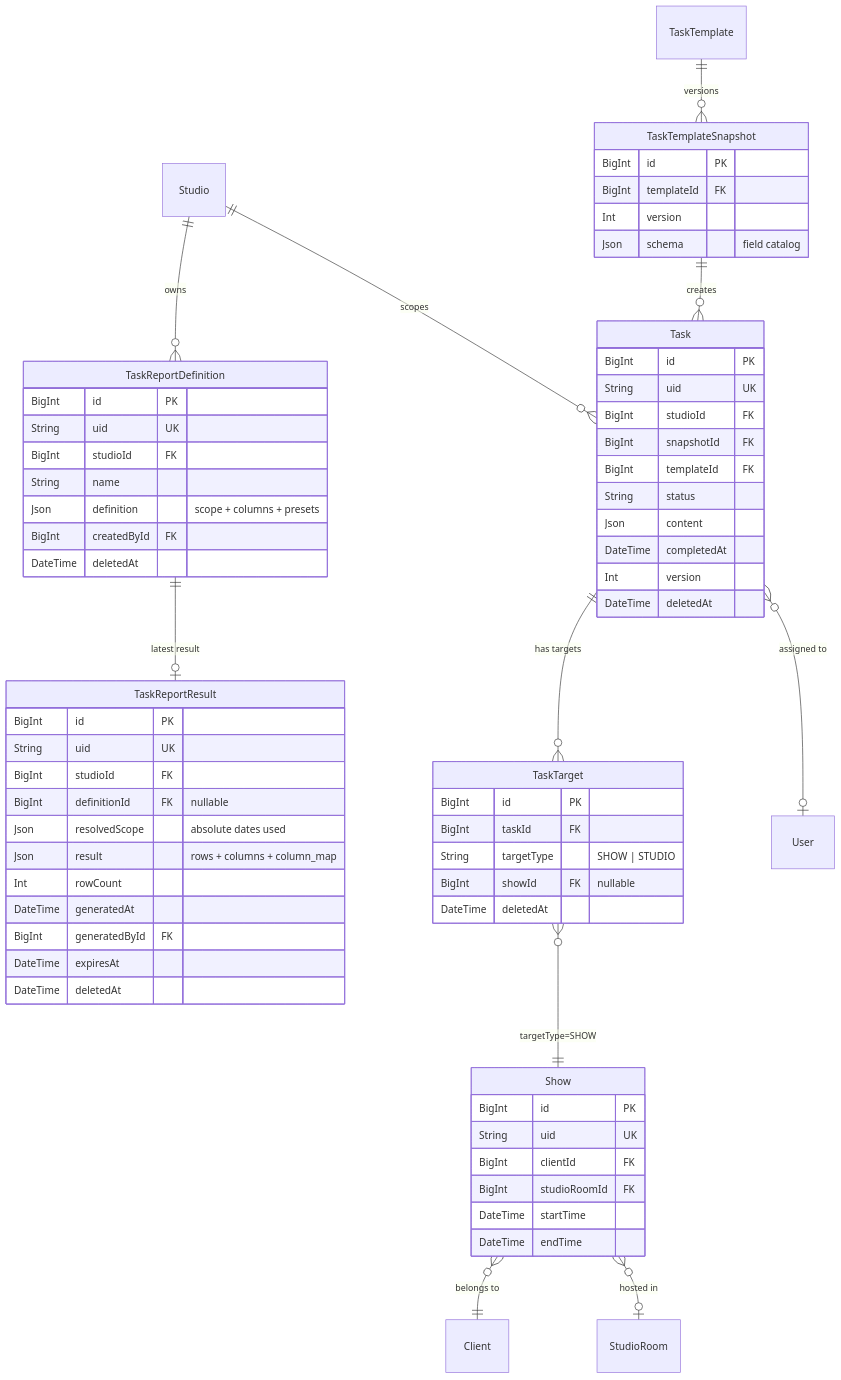
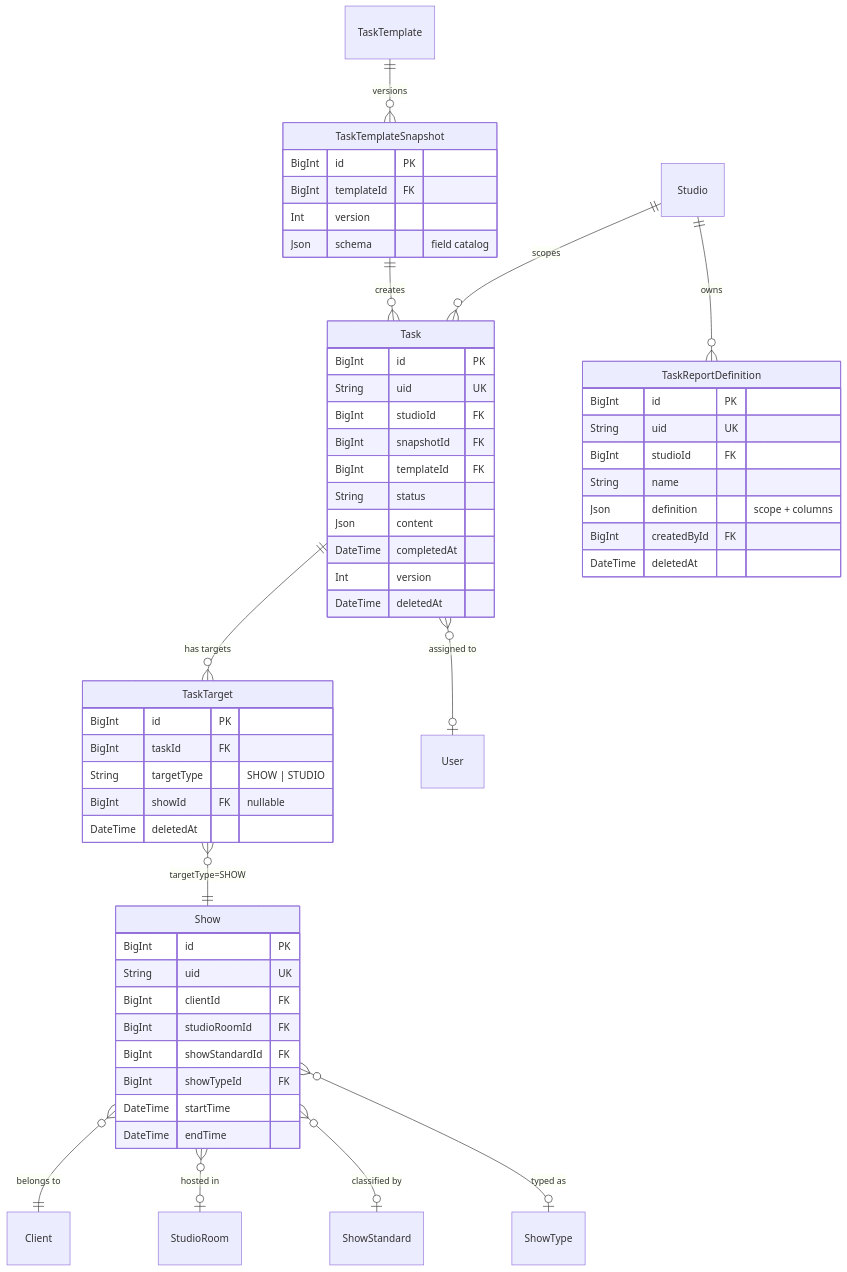
Before and after one commit to allenlin90/eridu-services: the first of 3 diagrams in apps/erify_api/docs/design/TASK_SUBMISSION_REPORTING_DESIGN.md, drawn with Mermaid. The commit also changed other lines of this file and 4 other files, not shown here.

First line of the commit message:
docs(task-submission-reporting): drop server result storage, add two-level filtering

````diff
--- a/apps/erify_api/docs/design/TASK_SUBMISSION_REPORTING_DESIGN.md
+++ b/apps/erify_api/docs/design/TASK_SUBMISSION_REPORTING_DESIGN.md
@@ -223,74 +214,63 @@
 ```mermaid
 erDiagram
     Studio ||--o{ Task : "scopes"
     Studio ||--o{ TaskReportDefinition : "owns"
-    TaskReportDefinition ||--o| TaskReportResult : "latest result"
     TaskTemplate ||--o{ TaskTemplateSnapshot : "versions"
     TaskTemplateSnapshot ||--o{ Task : "creates"
     Task ||--o{ TaskTarget : "has targets"
     TaskTarget }o--|| Show : "targetType=SHOW"
     Show }o--|| Client : "belongs to"
     Show }o--o| StudioRoom : "hosted in"
+    Show }o--o| ShowStandard : "classified by"
+    Show }o--o| ShowType : "typed as"
     Task }o--o| User : "assigned to"
 
     Task {
         BigInt id PK
         String uid UK
         BigInt studioId FK
         BigInt snapshotId FK
         BigInt templateId FK
         String status
         Json content
         DateTime completedAt
         Int version
         DateTime deletedAt
     }
 
     TaskTarget {
         BigInt id PK
         BigInt taskId FK
         String targetType "SHOW | STUDIO"
         BigInt showId FK "nullable"
         DateTime deletedAt
     }
 
     TaskReportDefinition {
         BigInt id PK
         String uid UK
         BigInt studioId FK
         String name
-        Json definition "scope + columns + presets"
+        Json definition "scope + columns"
         BigInt createdById FK
-        DateTime deletedAt
-    }
-
-    TaskReportResult {
-        BigInt id PK
-        String uid UK
-        BigInt studioId FK
-        BigInt definitionId FK "nullable"
-        Json resolvedScope "absolute dates used"
-        Json result "rows + columns + column_map"
-        Int rowCount
-        DateTime generatedAt
-        BigInt generatedById FK
-        DateTime expiresAt
         DateTime deletedAt
     }
 
     TaskTemplateSnapshot {
         BigInt id PK
         BigInt templateId FK
         Int version
         Json schema "field catalog"
     }
 
     Show {
         BigInt id PK
         String uid UK
         BigInt clientId FK
         BigInt studioRoomId FK
+        BigInt showStandardId FK
+        BigInt showTypeId FK
         DateTime startTime
         DateTime endTime
     }
 ```
````
